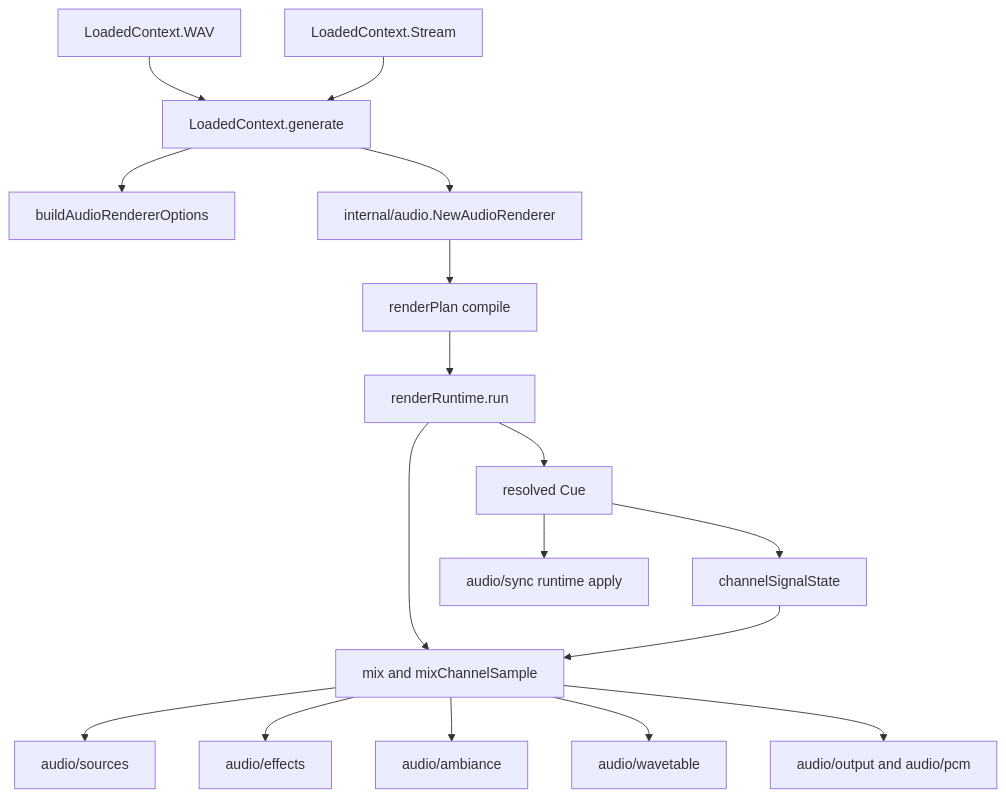
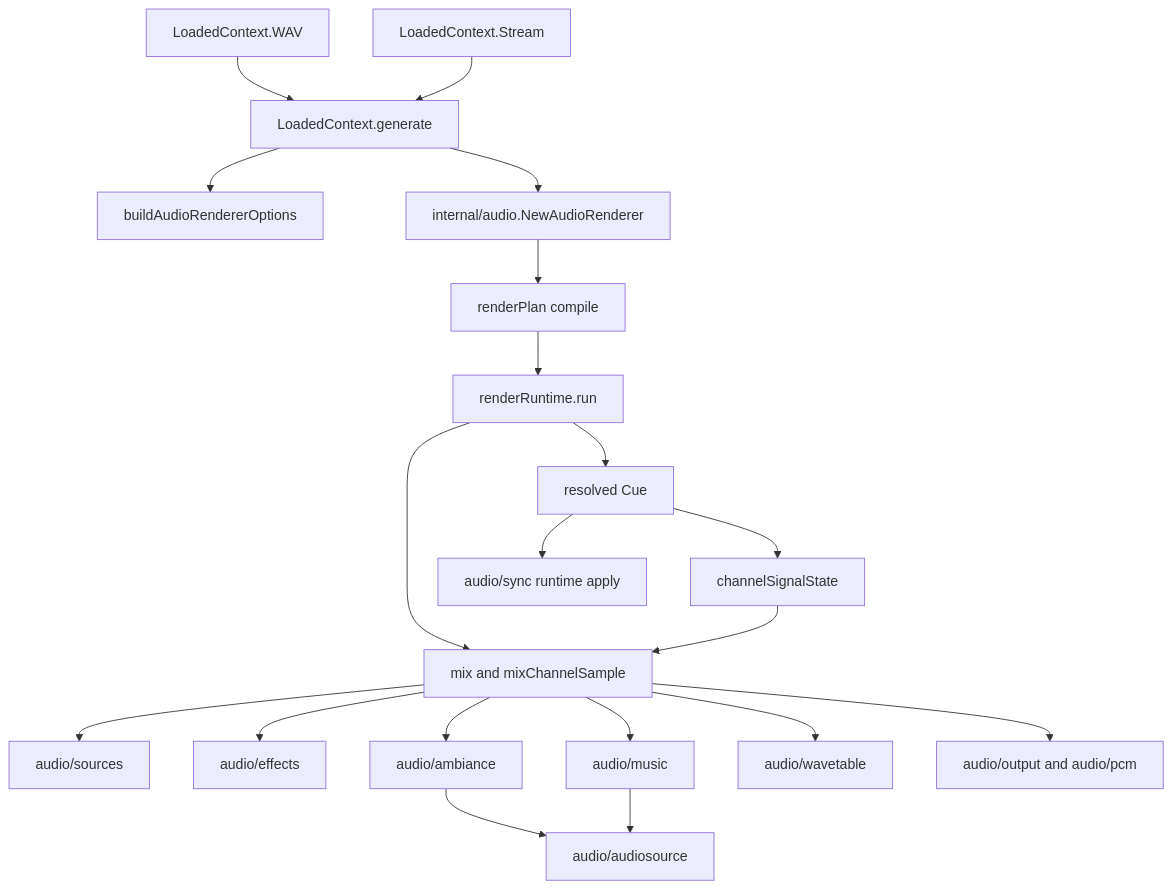
One commit to synapseq-foundation/synapseq changed the fourth of 5 diagrams in docs/ARCHITECTURE.md. Above: the diagram before and after it, drawn with Mermaid. The commit also changed other lines of this file, not shown here.

Commit message:
docs: updated about music

````diff
--- a/docs/ARCHITECTURE.md
+++ b/docs/ARCHITECTURE.md
@@ -280,19 +288,22 @@
 ```mermaid
 flowchart TD
 	WAV[LoadedContext.WAV] --> Generate[LoadedContext.generate]
 	Stream[LoadedContext.Stream] --> Generate
 	Generate --> RendererOptions[buildAudioRendererOptions]
 	Generate --> Renderer[internal/audio.NewAudioRenderer]
 	Renderer --> RenderPlan[renderPlan compile]
 	RenderPlan --> RenderLoop[renderRuntime.run]
 	RenderLoop --> Cue[resolved Cue]
 	Cue --> SignalState[channelSignalState]
 	Cue --> Sync[audio/sync runtime apply]
 	RenderLoop --> Mix[mix and mixChannelSample]
 	SignalState --> Mix
 	Mix --> Sources[audio/sources]
 	Mix --> Effects[audio/effects]
 	Mix --> Ambiance[audio/ambiance]
+	Mix --> Music[audio/music]
+	Ambiance --> AudioSource[audio/audiosource]
+	Music --> AudioSource
 	Mix --> Wavetable[audio/wavetable]
 	Mix --> Output[audio/output and audio/pcm]
 ```
````
